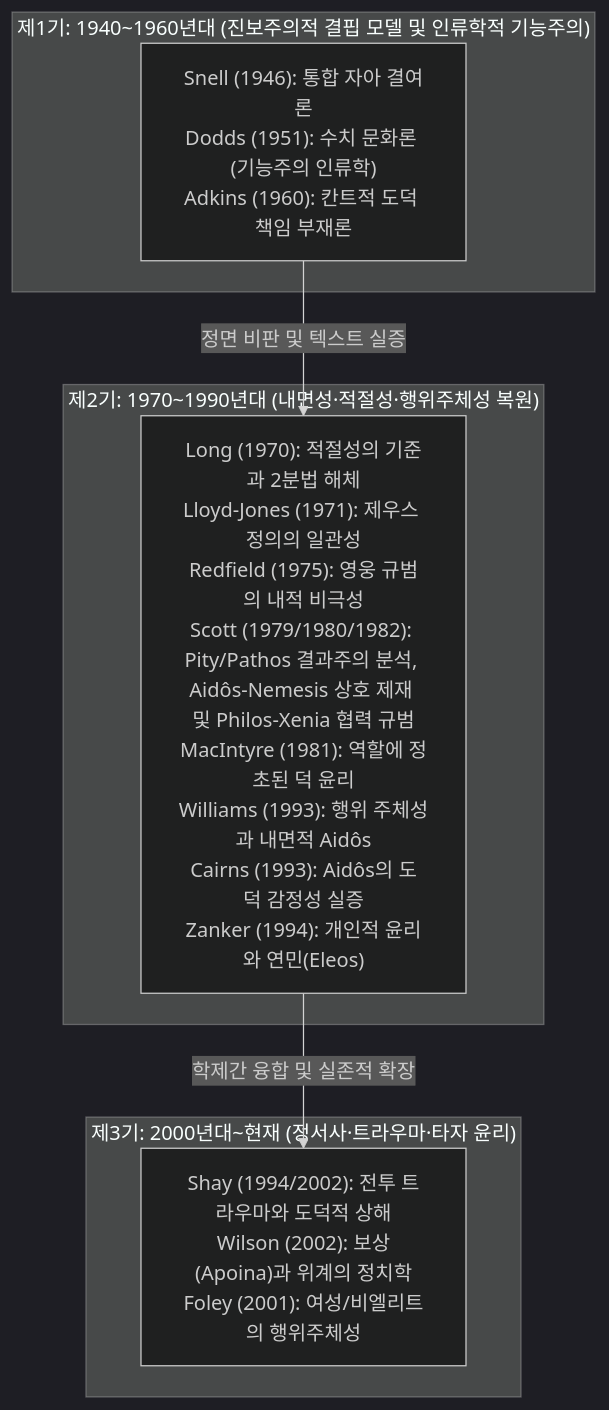
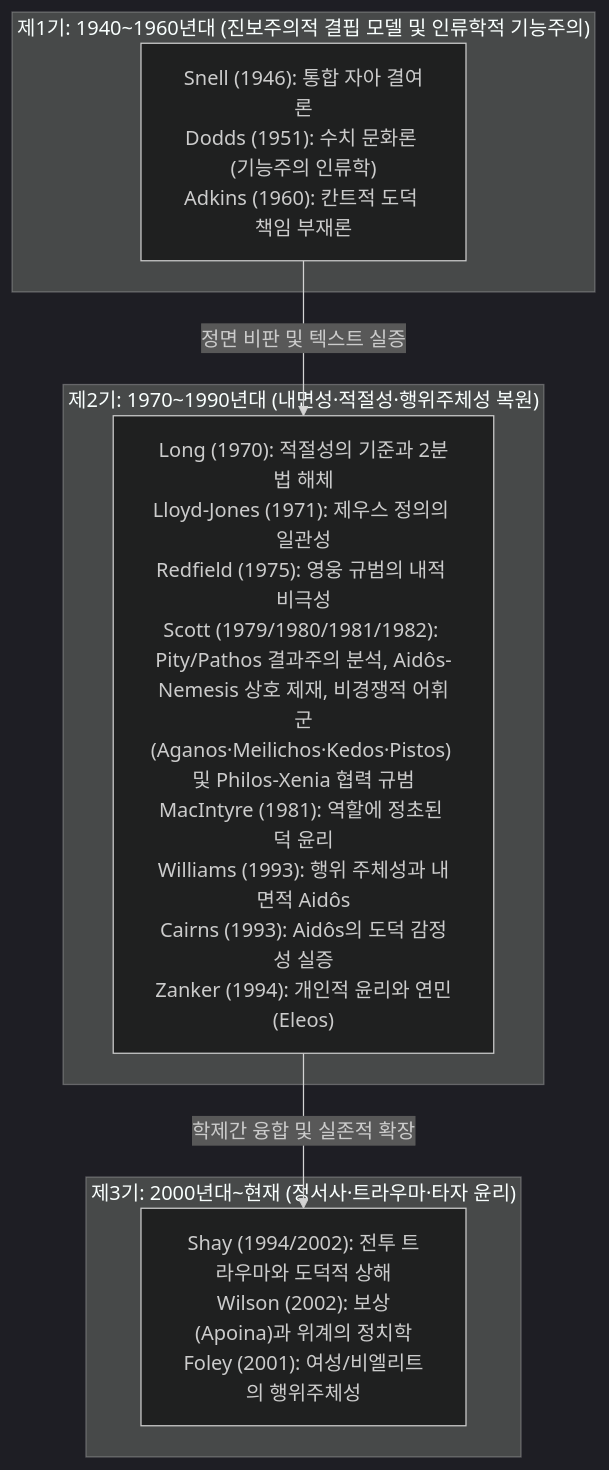
The third of 4 diagrams in wiki/analyses/homeric-ethics-literature-review.md (YgHnSIM/Homer_wiki), drawn with Mermaid (dark theme) before and after one commit. The commit also changed other lines of this file and 7 other files, not shown here.

Commit message:
feat(sources): 메리 스콧 1981 소스 문서 추가 및 비경쟁적 어휘군 연동

````diff
--- a/wiki/analyses/homeric-ethics-literature-review.md
+++ b/wiki/analyses/homeric-ethics-literature-review.md
@@ -275,17 +276,17 @@
 ```mermaid
 graph TD
     subgraph "제1기: 1940~1960년대 (진보주의적 결핍 모델 및 인류학적 기능주의)"
         P1["Snell (1946): 통합 자아 결여론<br/>Dodds (1951): 수치 문화론 (기능주의 인류학)<br/>Adkins (1960): 칸트적 도덕 책임 부재론"]
     end
 
     subgraph "제2기: 1970~1990년대 (내면성·적절성·행위주체성 복원)"
-        P2["Long (1970): 적절성의 기준과 2분법 해체<br/>Lloyd-Jones (1971): 제우스 정의의 일관성<br/>Redfield (1975): 영웅 규범의 내적 비극성<br/>Scott (1979/1980/1982): Pity/Pathos 결과주의 분석, Aidôs-Nemesis 상호 제재 및 Philos-Xenia 협력 규범<br/>MacIntyre (1981): 역할에 정초된 덕 윤리<br/>Williams (1993): 행위 주체성과 내면적 Aidôs<br/>Cairns (1993): Aidôs의 도덕 감정성 실증<br/>Zanker (1994): 개인적 윤리와 연민(Eleos)"]
+        P2["Long (1970): 적절성의 기준과 2분법 해체<br/>Lloyd-Jones (1971): 제우스 정의의 일관성<br/>Redfield (1975): 영웅 규범의 내적 비극성<br/>Scott (1979/1980/1981/1982): Pity/Pathos 결과주의 분석, Aidôs-Nemesis 상호 제재, 비경쟁적 어휘군(Aganos·Meilichos·Kedos·Pistos) 및 Philos-Xenia 협력 규범<br/>MacIntyre (1981): 역할에 정초된 덕 윤리<br/>Williams (1993): 행위 주체성과 내면적 Aidôs<br/>Cairns (1993): Aidôs의 도덕 감정성 실증<br/>Zanker (1994): 개인적 윤리와 연민(Eleos)"]
     end
 
     subgraph "제3기: 2000년대~현재 (정서사·트라우마·타자 윤리)"
         P3["Shay (1994/2002): 전투 트라우마와 도덕적 상해<br/>Wilson (2002): 보상(Apoina)과 위계의 정치학<br/>Foley (2001): 여성/비엘리트의 행위주체성"]
     end
 
     P1 -->|정면 비판 및 텍스트 실증| P2
     P2 -->|학제간 융합 및 실존적 확장| P3
 ```
````
